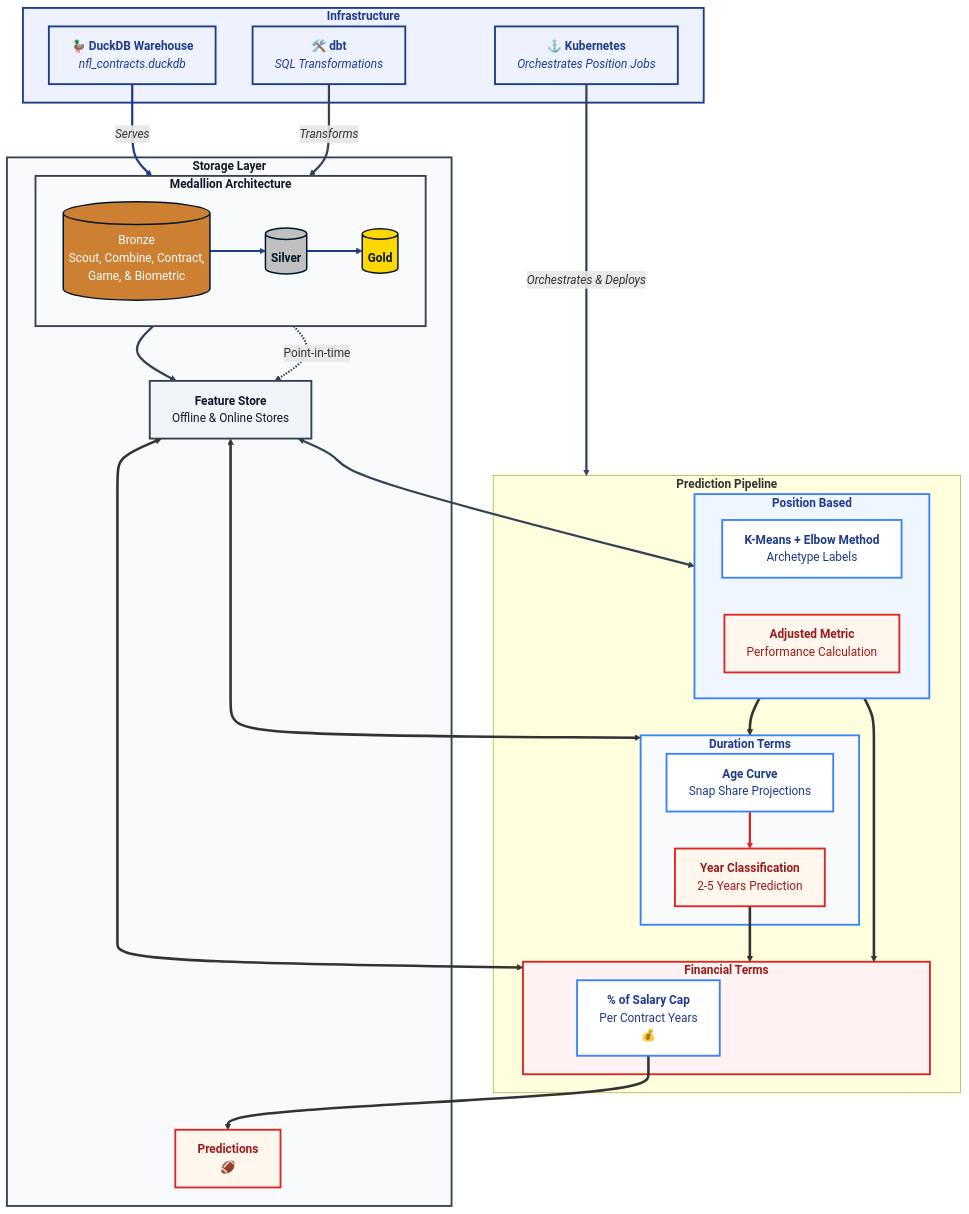
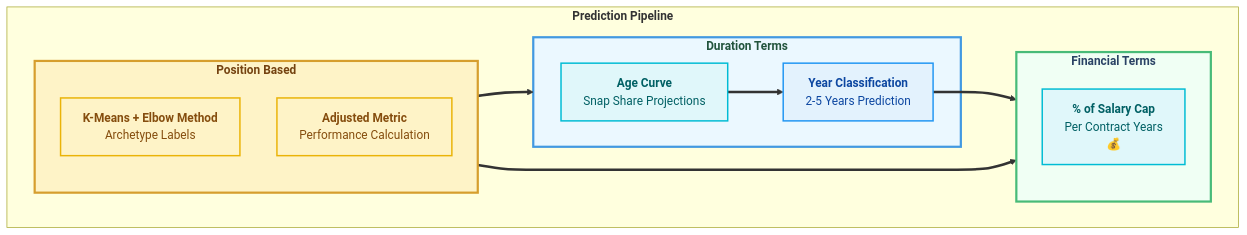
Before and after one commit to dec1costello/NFL-Market-Value-Analysis: the diagram in README.md, drawn with Mermaid.

````diff
--- a/README.md
+++ b/README.md
@@ -39,27 +39,14 @@
 ```mermaid
 graph TB
-    %% === THEME & SHAPES ===
-    classDef infrastructure fill:#eef2ff,stroke:#1e3a8a,stroke-width:2.5px,color:#1e3a8a
-    classDef storage fill:#f9fafb,stroke:#374151,stroke-width:2.5px,color:#111827
-    classDef stage1 fill:#eff6ff,stroke:#3b82f6,stroke-width:2.5px,color:#1e3a8a
-    classDef stage2 fill:#f8fafc,stroke:#3b82f6,stroke-width:2.5px,color:#1e3a8a
-    classDef stage3 fill:#fef2f2,stroke:#dc2626,stroke-width:2.5px,color:#991b1b
-    classDef features fill:#f1f5f9,stroke:#334155,stroke-width:2.5px,color:#0f172a
-    classDef model fill:#ffffff,stroke:#3b82f6,stroke-width:2.5px,color:#1e3a8a
-    classDef output fill:#fff7ed,stroke:#dc2626,stroke-width:2.5px,color:#991b1b
-    classDef bold font-weight:bold
-    classDef cylinder shape:cylinder
-    classDef bronze_node fill:#cd7f32,stroke:#00162b,stroke-width:2px,color:#ffffff,shape:cylinder
-    classDef silver_node fill:#c0c0c0,stroke:#00162b,stroke-width:2px,color:#00162b,shape:cylinder
-    classDef gold_node fill:#ffd700,stroke:#00162b,stroke-width:2px,color:#00162b,shape:cylinder
 
-
-    %% === INFRASTRUCTURE ===
-    subgraph INFRA ["<b>Infrastructure</b>"]
-        DUCKDB["<b>🦆 DuckDB Warehouse</b><br/><i>nfl_contracts.duckdb</i>"]
-        K8S["<b>⚓ Kubernetes</b><br/><i>Orchestrates Position Jobs</i>"]
-        DBT["<b>🛠️ dbt</b><br/><i>SQL Transformations</i>"]
-    end
+    classDef stage1 fill:#fef3c7,stroke:#d69e2e,stroke-width:3px,color:#744210
+    classDef stage2 fill:#ebf8ff,stroke:#4299e1,stroke-width:3px,color:#22543d 
+    classDef stage3 fill:#f0fff4,stroke:#48bb78,stroke-width:3px,color: #2a4365
+    classDef features fill:#fef3c7,stroke:#eab308,stroke-width:2px,color:#854d0e
+    classDef model fill:#e0f7fa,stroke:#00bcd4,stroke-width:2px,color:#006064
+    classDef output fill:#e3f2fd,stroke:#2196f3,stroke-width:2px,color:#0d47a1
+    classDef infra fill:#f5f3ff,stroke:#8b5cf6,stroke-width:2px,color:#5b21b6
+    classDef storage fill:#fff0f0,stroke:#FF6B6B,stroke-width:2px,stroke-dasharray:5 5,color:#c53030
 
     %% === PIPELINE ===
     subgraph DATA_FLOW ["<b>Prediction Pipeline</b>"]
@@ -76,55 +63,16 @@
         end
     end
 
-    %% === STORAGE ===
-    subgraph STORAGE ["<b>Storage Layer</b>"]
-        subgraph MEDALLION ["<b>Medallion Architecture</b>"]
-            direction LR
-            scout[("Bronze<br/>Scout, Combine, Contract,<br/> Game, & Biometric")]
-            sil[("<b>Silver</b>")]
-            gold[("<b>Gold</b>")]
-            scout ==> sil ==> gold
-        end
-        FS["<b>Feature Store</b><br/>Offline & Online Stores"]
-        RESULTS["<b>Predictions</b><br/>🏈 "]
-    end
-
-    %% === CONNECTIONS ===
-     DUCKDB ==>|"<i>Serves</i>"| MEDALLION
-    DBT ==>|"<i>Transforms</i>"| MEDALLION
-    K8S ==>|"<i>Orchestrates & Deploys</i>"| DATA_FLOW
-    
-    gold ==> FS
-    sil -.->|Point-in-time| FS
-    
-    FS <==> STAGE_1
-    FS <==> STAGE_2
-    FS <==> STAGE_3
-
     STAGE_1 ==> STAGE_2
     YEAR_MODELS ==> YEAR_PREDS
     YEAR_PREDS ==> STAGE_3
     STAGE_1 ==> STAGE_3
-    FINANCIAL_MODELS ==> RESULTS
-
-    %% === APPLY STYLES ===
-    class INFRA,DUCKDB,K8S,DBT infrastructure
-    class STORAGE,MEDALLION,RESULTS storage
+    
+    %% Apply styles
     class STAGE_1 stage1
     class STAGE_2 stage2
     class STAGE_3 stage3
-    class FS features
-    class scout bronze_node
-    class sil silver_node
-
-    class gold gold_node
-    class CLUSTERING,YEAR_MODELS,FINANCIAL_MODELS model
-    class adjusted_metric,YEAR_PREDS,RESULTS output
-    class STAGE_1,STAGE_2,STAGE_3 bold
-
-    %% === LINK STYLES ===
-    linkStyle 0,1,2 stroke:#1e3a8a,stroke-width:3px
-    linkStyle 3,4 stroke:#334155,stroke-width:3px
-    linkStyle 5,6,7 stroke:#334155,stroke-width:3px
-    linkStyle 11 stroke:#dc2626,stroke-width:3px
+    class CLUSTERING,adjusted_metric features
+    class YEAR_MODELS,FINANCIAL_MODELS model
+    class YEAR_PREDS output
 ```
````
